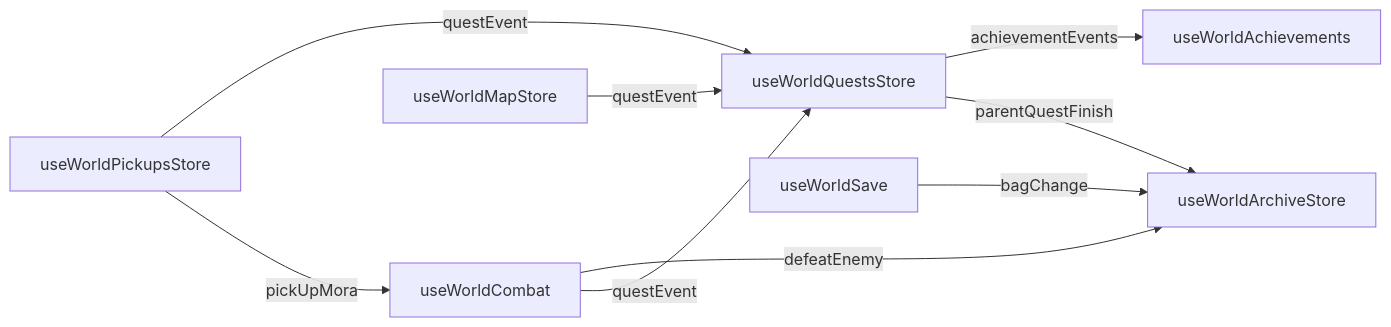
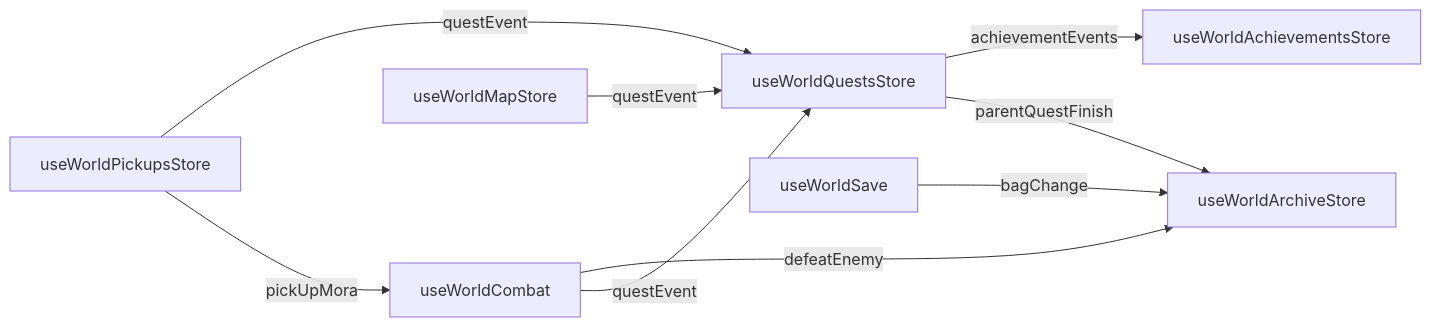
One commit to Esposter/Esposter changed the second of 2 diagrams in openspec/specs/genshin/engine-architecture/design.md. Above: the diagram before and after it, drawn with Mermaid. The commit also changed 9 other files, not shown here.

First line of the commit message:
Move the achievements into a world store

````diff
--- a/openspec/specs/genshin/engine-architecture/design.md
+++ b/openspec/specs/genshin/engine-architecture/design.md
@@ -78,11 +78,11 @@
 ```mermaid
 flowchart LR
   Pick[useWorldPickupsStore] -->|questEvent| Quests[useWorldQuestsStore]
   Pick -->|pickUpMora| Combat[useWorldCombat]
   Combat -->|defeatEnemy| Archive[useWorldArchiveStore]
   Combat -->|questEvent| Quests
   Save[useWorldSave] -->|bagChange| Archive
-  Quests -->|achievementEvents| Achievements[useWorldAchievements]
+  Quests -->|achievementEvents| Achievements[useWorldAchievementsStore]
   Quests -->|parentQuestFinish| Archive
   Map[useWorldMapStore] -->|questEvent| Quests
 ```
````
